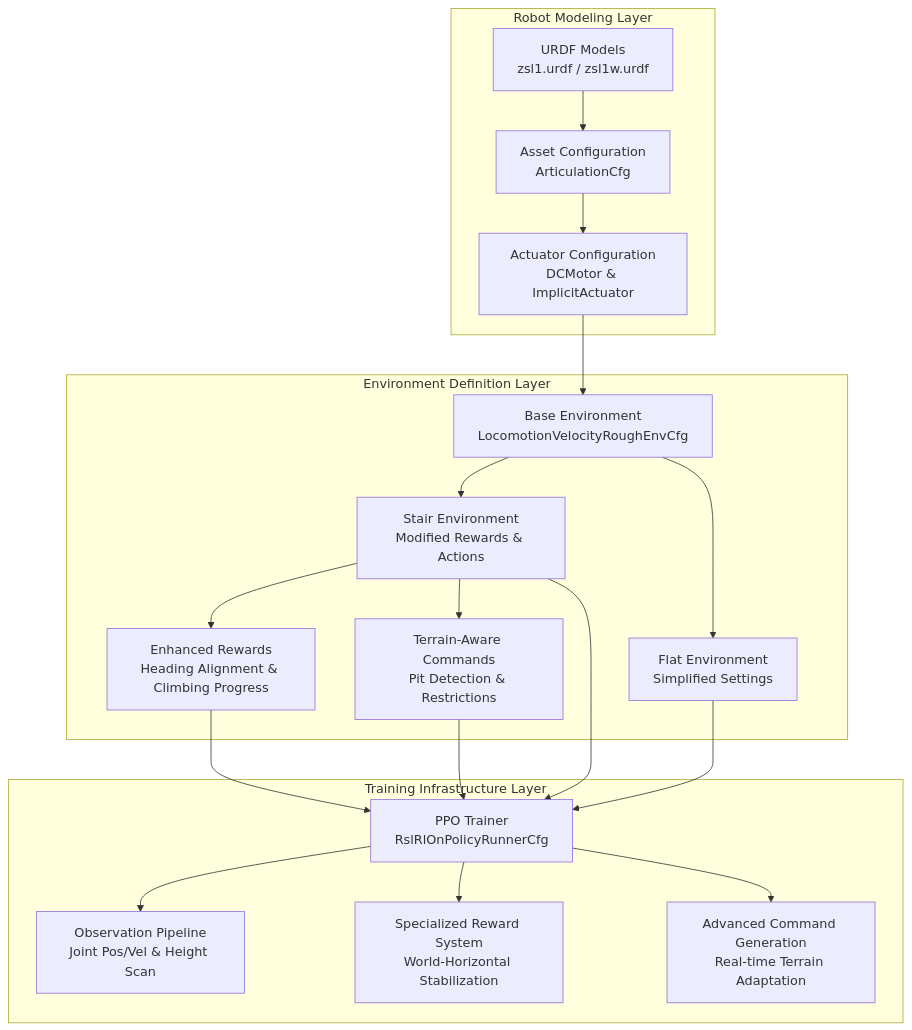
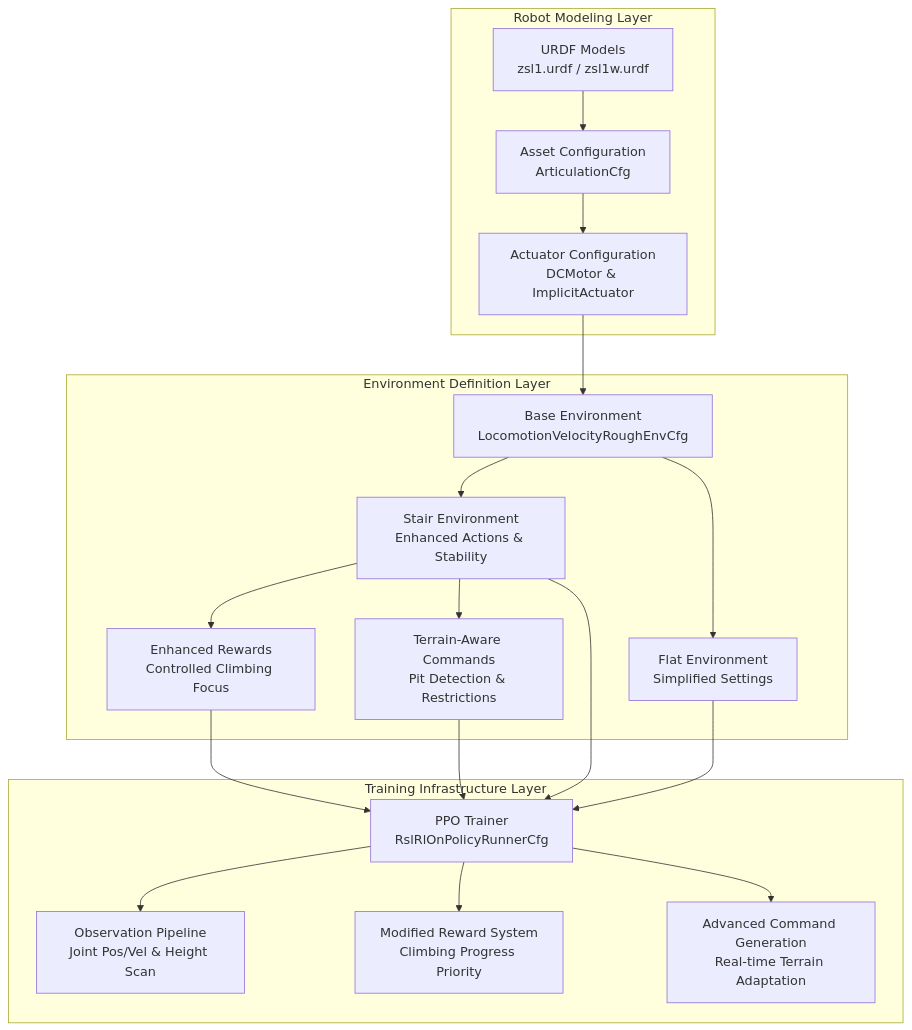
One commit to jayjayhust/robot_lab changed the second of 9 diagrams in .qoder/repowiki/en/content/ZSIBOT ZSL1 Stair Climbing Configuration.md. Above: the diagram before and after it, drawn with Mermaid. The commit also changed other lines of this file and 6 other files, not shown here.

````diff
--- a/.qoder/repowiki/en/content/ZSIBOT ZSL1 Stair Climbing Configuration.md
+++ b/.qoder/repowiki/en/content/ZSIBOT ZSL1 Stair Climbing Configuration.md
@@ -141,35 +158,35 @@
 ```mermaid
 graph TB
 subgraph "Robot Modeling Layer"
 URDF_MODEL["URDF Models<br/>zsl1.urdf / zsl1w.urdf"]
 ASSET_CONFIG["Asset Configuration<br/>ArticulationCfg"]
 ACTUATOR_CONFIG["Actuator Configuration<br/>DCMotor & ImplicitActuator"]
 end
 subgraph "Environment Definition Layer"
 BASE_ENV["Base Environment<br/>LocomotionVelocityRoughEnvCfg"]
-STAIR_ENV["Stair Environment<br/>Modified Rewards & Actions"]
+STAIR_ENV["Stair Environment<br/>Enhanced Actions & Stability"]
 FLAT_ENV["Flat Environment<br/>Simplified Settings"]
-ENHANCED_REWARDS["Enhanced Rewards<br/>Heading Alignment & Climbing Progress"]
+ENHANCED_REWARDS["Enhanced Rewards<br/>Controlled Climbing Focus"]
 TERRAIN_COMMANDS["Terrain-Aware Commands<br/>Pit Detection & Restrictions"]
 end
 subgraph "Training Infrastructure Layer"
 PPO_TRAINER["PPO Trainer<br/>RslRlOnPolicyRunnerCfg"]
 OBSERVATION["Observation Pipeline<br/>Joint Pos/Vel & Height Scan"]
-REWARD_SYSTEM["Specialized Reward System<br/>World-Horizontal Stabilization"]
+REWARD_SYSTEM["Modified Reward System<br/>Climbing Progress Priority"]
 COMMAND_GENERATION["Advanced Command Generation<br/>Real-time Terrain Adaptation"]
 end
 URDF_MODEL --> ASSET_CONFIG
 ASSET_CONFIG --> ACTUATOR_CONFIG
 ACTUATOR_CONFIG --> BASE_ENV
 BASE_ENV --> STAIR_ENV
 BASE_ENV --> FLAT_ENV
 STAIR_ENV --> ENHANCED_REWARDS
 STAIR_ENV --> TERRAIN_COMMANDS
 ENHANCED_REWARDS --> PPO_TRAINER
 TERRAIN_COMMANDS --> PPO_TRAINER
 STAIR_ENV --> PPO_TRAINER
 FLAT_ENV --> PPO_TRAINER
 PPO_TRAINER --> OBSERVATION
 PPO_TRAINER --> REWARD_SYSTEM
 PPO_TRAINER --> COMMAND_GENERATION
 ```
````
